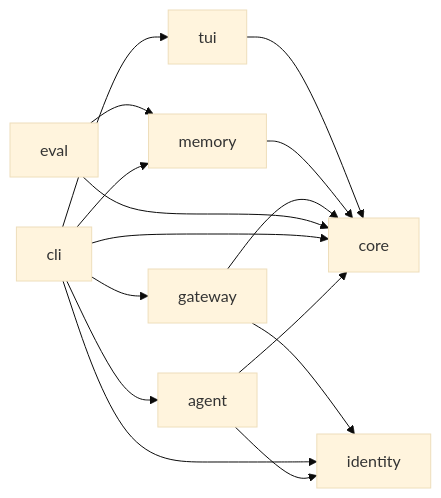
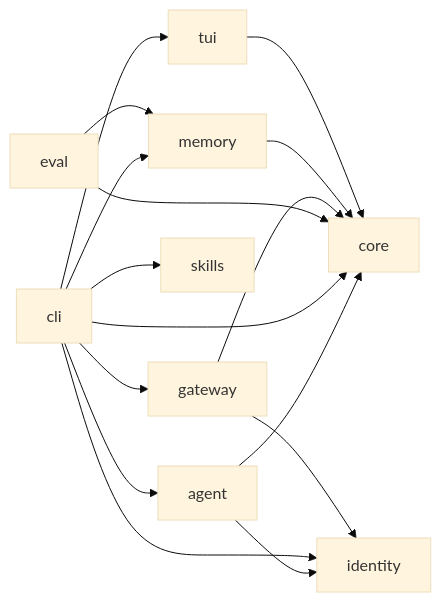
The diagram in docs/wiki/profiles/packages.md (chewygumxx/dorothy), drawn with Mermaid (base theme) before and after one commit. The commit also changed other lines of this file and 5 other files, not shown here.

````diff
--- a/docs/wiki/profiles/packages.md
+++ b/docs/wiki/profiles/packages.md
@@ -47,17 +47,18 @@
 ```mermaid
 graph LR
     agent --> core
     agent --> identity
     cli --> agent
     cli --> core
     cli --> gateway
     cli --> identity
     cli --> memory
+    cli --> skills
     cli --> tui
     eval --> core
     eval --> memory
     gateway --> core
     gateway --> identity
     memory --> core
     tui --> core
 ```
````
